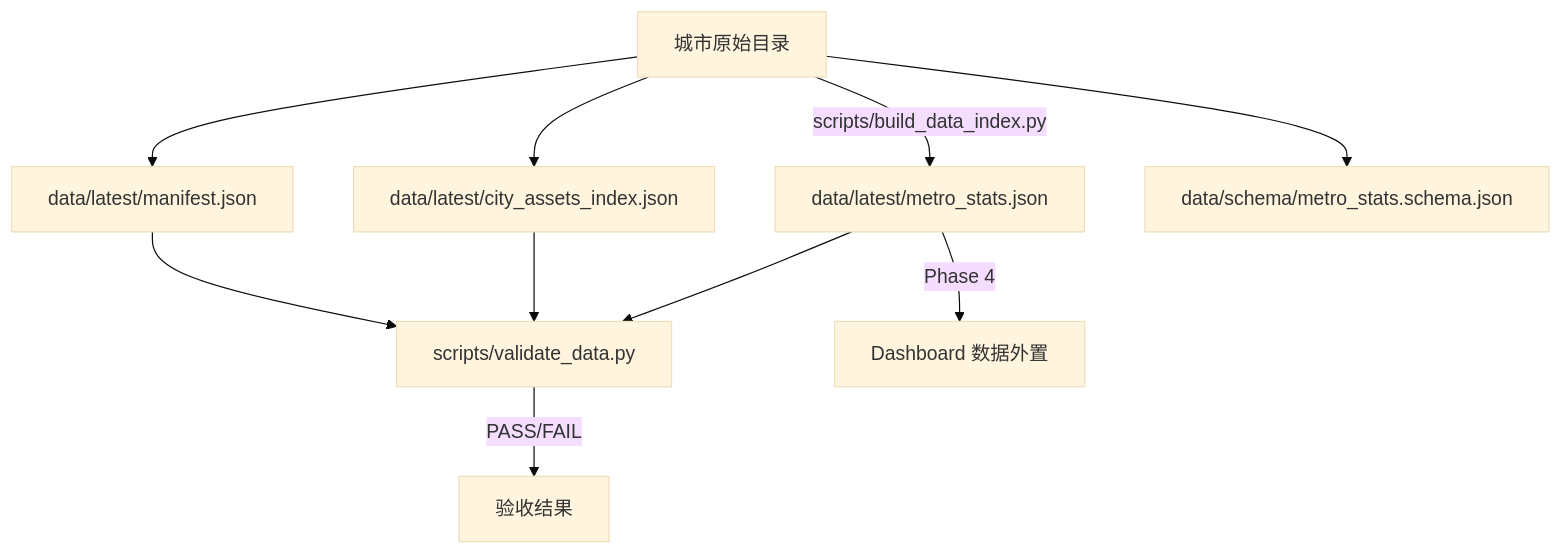
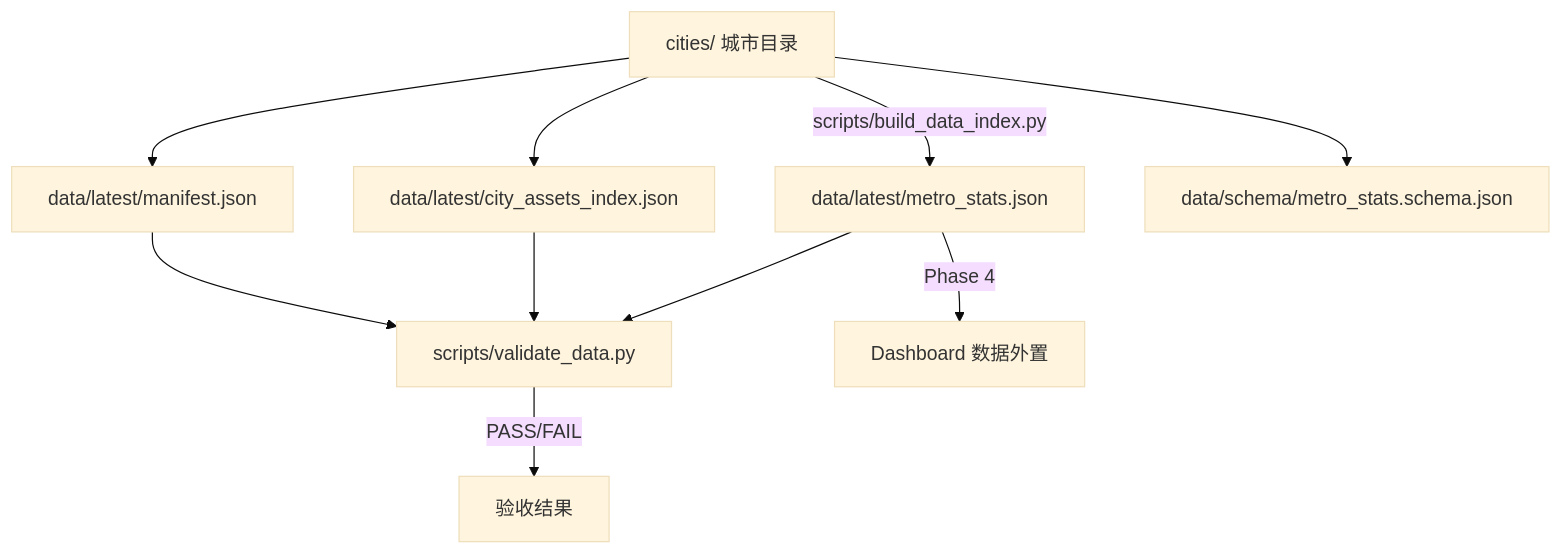
One commit to threeMoreTime/MAP changed the third of 3 diagrams in docs/ARCHITECTURE_DATA_FLOW.md. Above: the diagram before and after it, drawn with Mermaid (base theme). The commit also changed other lines of this file and 11 other files, not shown here.

````diff
--- a/docs/ARCHITECTURE_DATA_FLOW.md
+++ b/docs/ARCHITECTURE_DATA_FLOW.md
@@ -109,12 +105,12 @@
 ```mermaid
 flowchart TD
-  A[城市原始目录] -->|scripts/build_data_index.py| B[data/latest/metro_stats.json]
+  A["cities/ 城市目录"] -->|scripts/build_data_index.py| B[data/latest/metro_stats.json]
   A --> B2[data/latest/city_assets_index.json]
   A --> B3[data/latest/manifest.json]
   A --> B4[data/schema/metro_stats.schema.json]
   B --> C[scripts/validate_data.py]
   B2 --> C
   B3 --> C
   C -->|PASS/FAIL| D[验收结果]
   B -->|Phase 4| E[Dashboard 数据外置]
 ```
````
